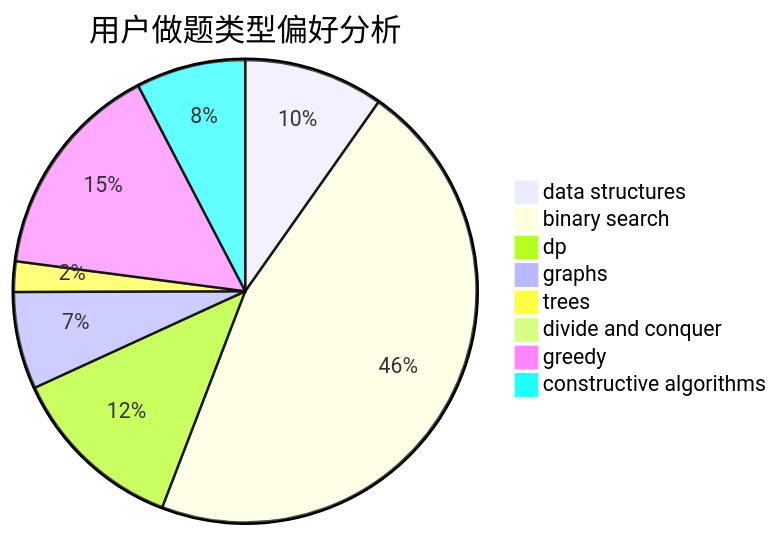
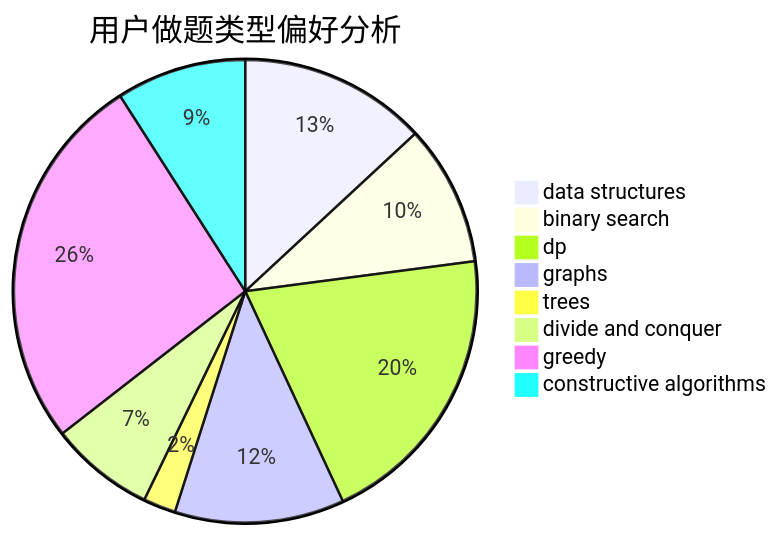
One commit to sherpahu/cfrs.github.io changed the second of 3 diagrams in docs/user/u1256.md. Above: the diagram before and after it, drawn with Mermaid. The commit also changed other lines of this file and 2770 other files, not shown here.

````diff
--- a/docs/user/u1256.md
+++ b/docs/user/u1256.md
@@ -23,11 +23,11 @@
 ```mermaid
 pie title 用户做题类型偏好分析
-    "data structures" :  46
-    "binary search" :  217
-    "dp" :  58
-    "graphs" :  32
-    "trees" :  10
-    "divide and conquer" :  0
-    "greedy" :  72
+    "data structures" :  52
+    "binary search" :  39
+    "dp" :  80
+    "graphs" :  47
+    "trees" :  9
+    "divide and conquer" :  29
+    "greedy" :  105
     "constructive algorithms" :  36
 ```
````
